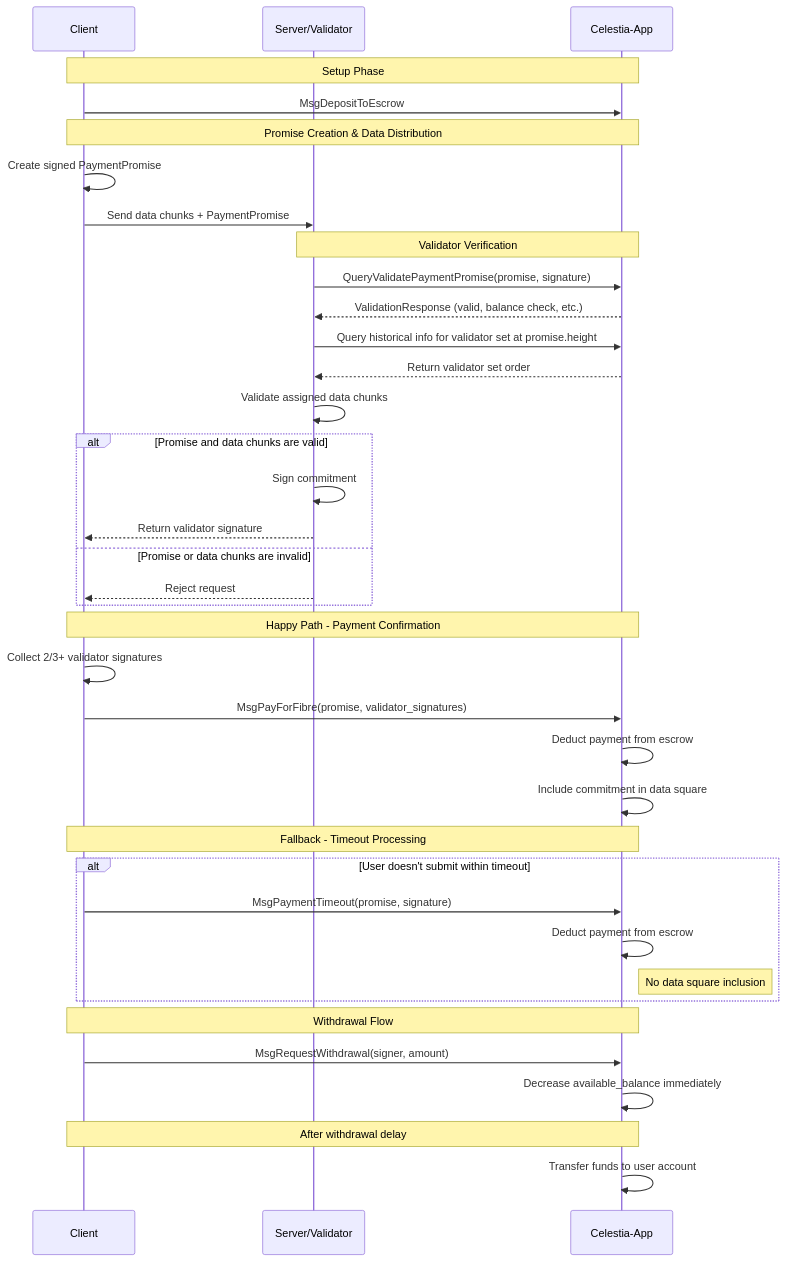
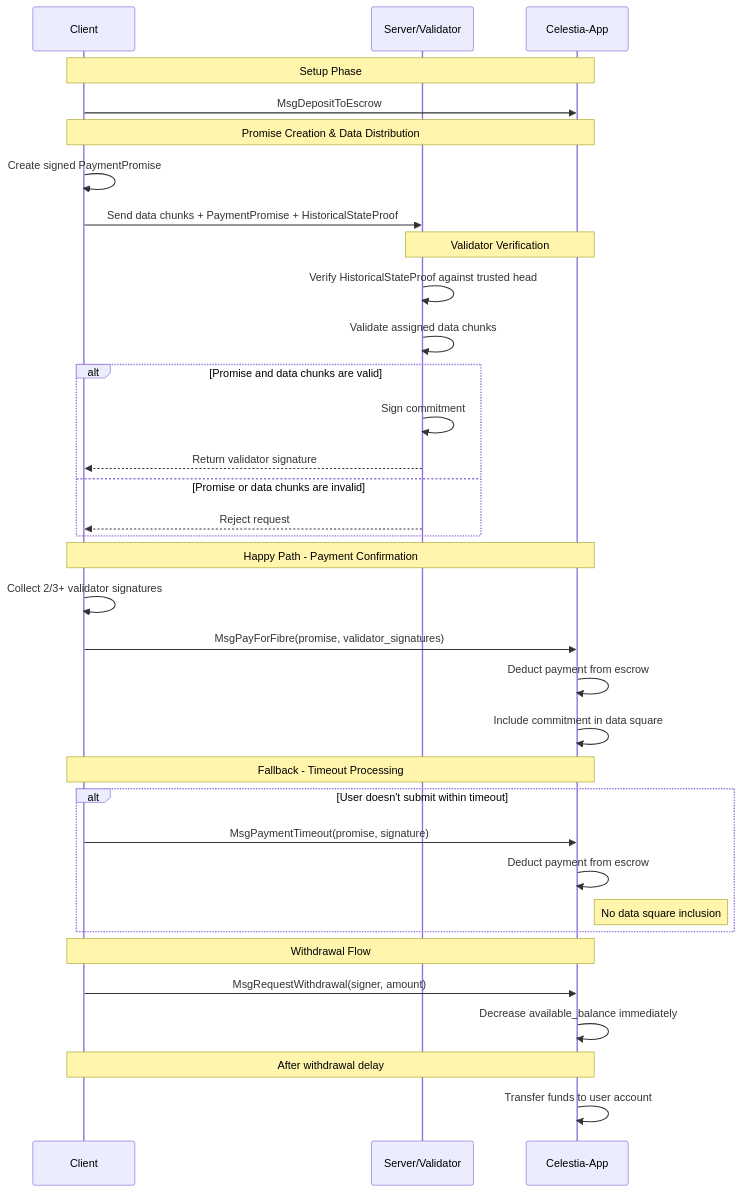
One commit to celestiaorg/fibre-da-spec changed the diagram in sdk_module.md. Above: the diagram before and after it, drawn with Mermaid. The commit also changed other lines of this file, not shown here.

````diff
--- a/sdk_module.md
+++ b/sdk_module.md
@@ -413,47 +449,44 @@
 ```mermaid
 sequenceDiagram
     participant C as Client
     participant S as Server/Validator
     participant A as Celestia-App
 
     Note over C,A: Setup Phase
     C->>A: MsgDepositToEscrow
 
     Note over C,A: Promise Creation & Data Distribution
     C->>C: Create signed PaymentPromise
-    C->>S: Send data chunks + PaymentPromise
+    C->>S: Send data chunks + PaymentPromise + HistoricalStateProof
 
     Note over S,A: Validator Verification
-    S->>A: QueryValidatePaymentPromise(promise, signature)
-    A-->>S: ValidationResponse (valid, balance check, etc.)
-    S->>A: Query historical info for validator set at promise.height
-    A-->>S: Return validator set order
+    S->>S: Verify HistoricalStateProof against trusted head
     S->>S: Validate assigned data chunks
 
     alt Promise and data chunks are valid
         S->>S: Sign commitment
         S-->>C: Return validator signature
     else Promise or data chunks are invalid
         S-->>C: Reject request
     end
 
     Note over C,A: Happy Path - Payment Confirmation
     C->>C: Collect 2/3+ validator signatures
     C->>A: MsgPayForFibre(promise, validator_signatures)
     A->>A: Deduct payment from escrow
     A->>A: Include commitment in data square
 
     Note over C,A: Fallback - Timeout Processing
     alt User doesn't submit within timeout
         C->>A: MsgPaymentTimeout(promise, signature)
         A->>A: Deduct payment from escrow
         Note right of A: No data square inclusion
     end
 
     Note over C,A: Withdrawal Flow
     C->>A: MsgRequestWithdrawal(signer, amount)
     A->>A: Decrease available_balance immediately
 
     Note over C,A: After withdrawal delay
     A->>A: Transfer funds to user account
 ```
````
